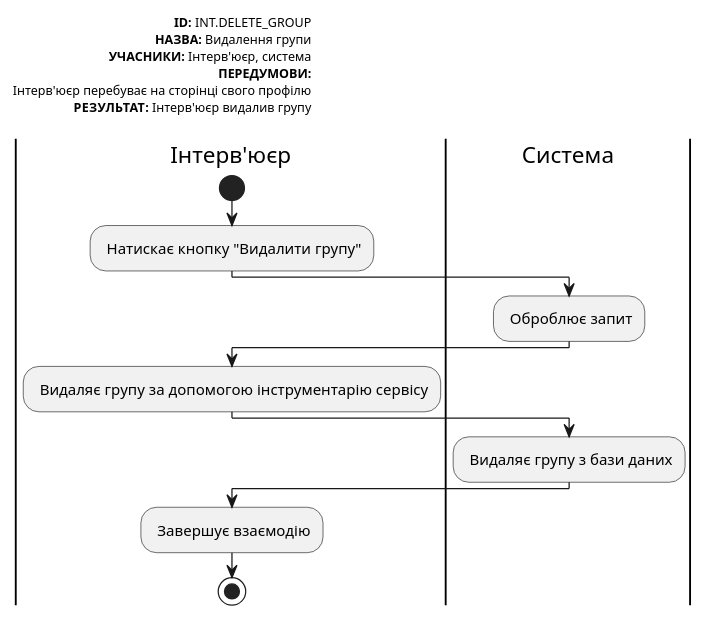
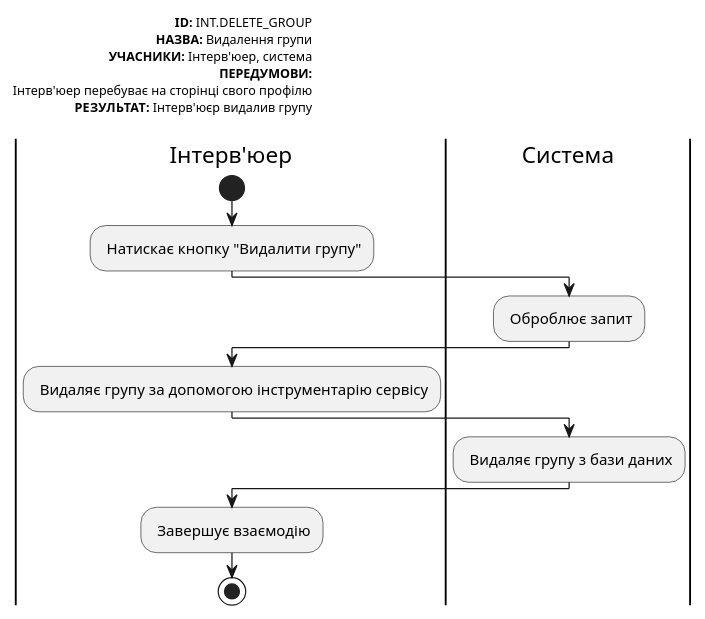
Diagram 16 of 22 in docs/use cases/README.md (michigang1/ImForms), drawn with PlantUML before and after one commit. The commit also changed other lines of this file, not shown here.

```diff
--- a/docs/use cases/README.md
+++ b/docs/use cases/README.md
@@ -504,28 +501,28 @@
 @startuml
 left header
 <font color=000 size=10><b>ID:</b> INT.DELETE_GROUP
 <font color=000 size=10><b>НАЗВА:</b> Видалення групи
-<font color=000 size=10><b>УЧАСНИКИ:</b> Інтерв'юєр, система  
+<font color=000 size=10><b>УЧАСНИКИ:</b> Інтерв'юер, система  
 <font color=000 size=10><b>ПЕРЕДУМОВИ:</b>
-<font color=000 size=10> Інтерв'юєр перебуває на сторінці свого профілю
+<font color=000 size=10> Інтерв'юер перебуває на сторінці свого профілю
 <font color=000 size=10><b>РЕЗУЛЬТАТ:</b> Інтерв'юєр видалив групу
 
 end header
 
-|Інтерв'юєр|
+|Інтерв'юер|
         start
         : Натискає кнопку "Видалити групу";
 
 |Система|
         : Оброблює запит;
 
-|Інтерв'юєр|
+|Інтерв'юер|
         : Видаляє групу за допомогою інструментарію сервісу;
 
 |Система|
         : Видаляє групу з бази даних;
 
-|Інтерв'юєр|
+|Інтерв'юер|
         : Завершує взаємодію;
         stop;
 @enduml
```
